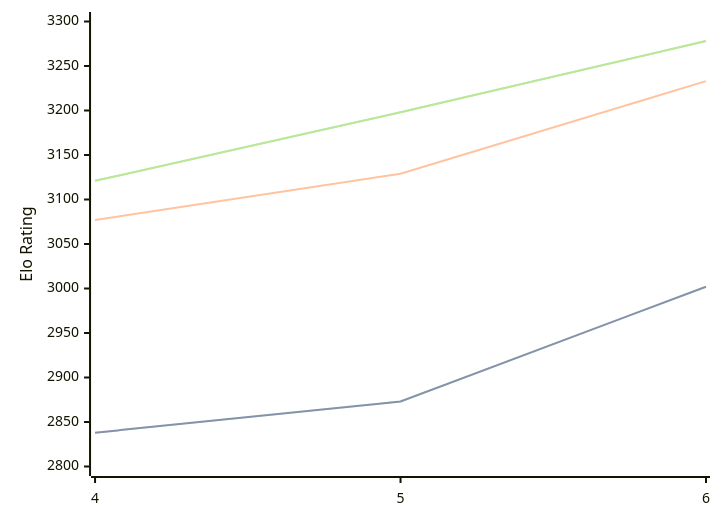
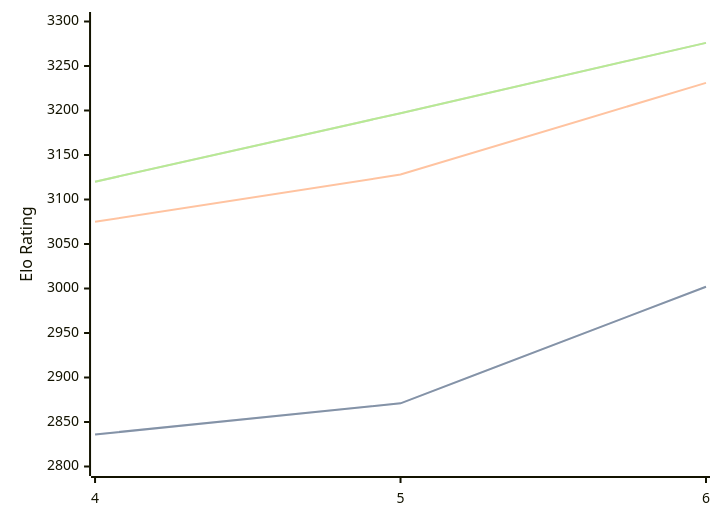
One commit to computer-chess-index/cci changed the diagram in engines/Cwtch.md. Above: the diagram before and after it, drawn with Mermaid. The commit also changed other lines of this file, not shown here.

Commit message:
Update CCI Ratings (ELO VLTC) - 2026-08-04

````diff
--- a/engines/Cwtch.md
+++ b/engines/Cwtch.md
@@ -36,11 +36,11 @@
 ```mermaid
 %%{init: {"theme":"base","themeVariables":{"seriesColors:['#a3a3a3','#222221','#faa371']}}}%%
 xychart-beta
   x-axis ["4", "5", "6"]
   y-axis "Elo Rating" 2800 --> 3300
-  line "STC (8.0+0.08s)" [2838, 2873, 3002]
-  line "STC (8.0+0.08s)" [2838, 2873, 3002]
-  line "LTC (60.0+0.60s)" [3077, 3129, 3233]
-  line "VLTC (2m24s+1.12s)" [3121, 3198, 3278]
-  line "VLTC (2m24s+1.12s)" [3121, 3198, 3278]
+  line "STC (8.0+0.08s)" [2836, 2871, 3002]
+  line "STC (8.0+0.08s)" [2836, 2871, 3002]
+  line "LTC (60.0+0.60s)" [3075, 3128, 3231]
+  line "VLTC (2m24s+1.12s)" [3120, 3197, 3276]
+  line "VLTC (2m24s+1.12s)" [3120, 3197, 3276]
 ```
````
